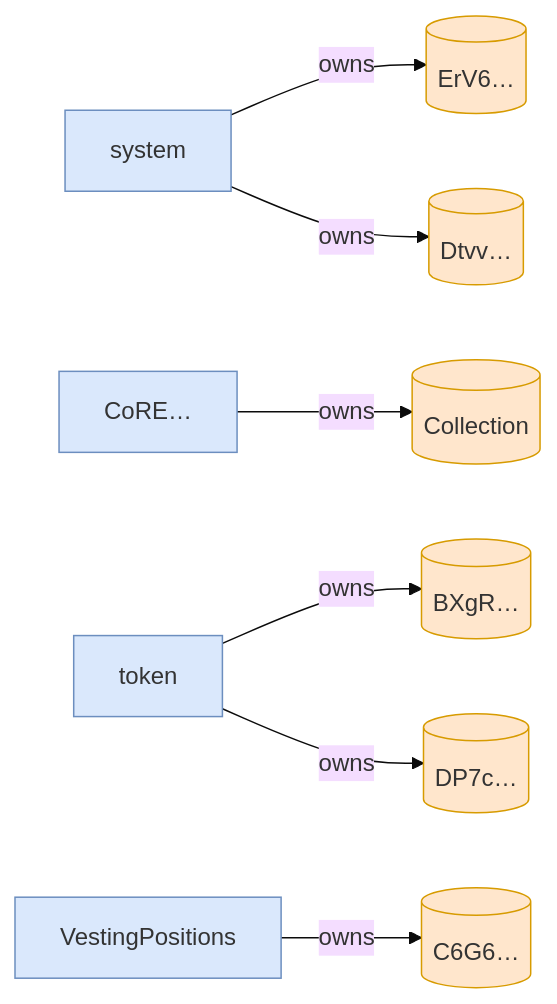
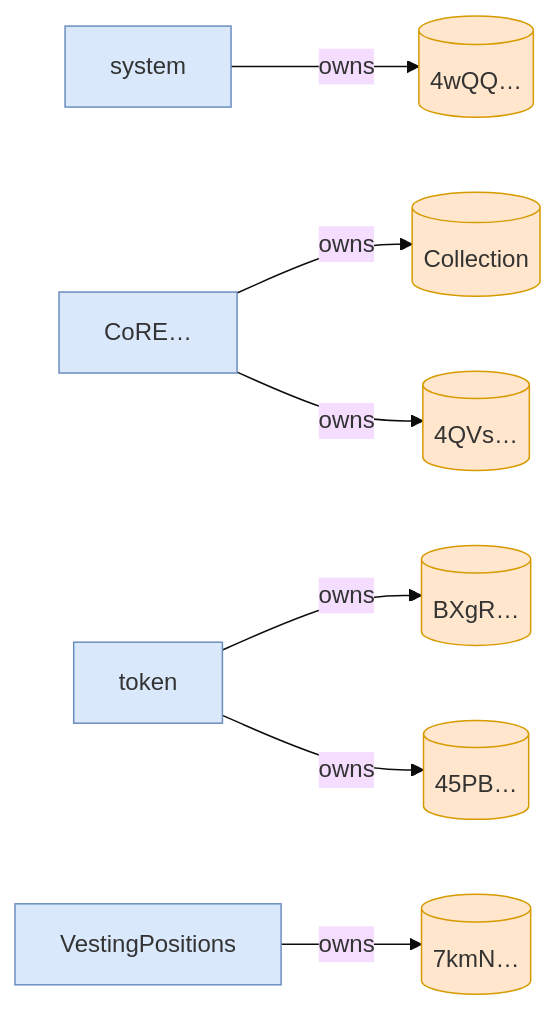
One commit to cds-turbin3/vesting-position changed the third of 3 diagrams in babelfish-tests/test-report/scenario_4_replay_first_claim_fails.md. Above: the diagram before and after it, drawn with Mermaid (base theme). The commit also changed other lines of this file and 50 other files, not shown here.

````diff
--- a/babelfish-tests/test-report/scenario_4_replay_first_claim_fails.md
+++ b/babelfish-tests/test-report/scenario_4_replay_first_claim_fails.md
@@ -72,22 +36,22 @@
 ```mermaid
 flowchart LR
     system["system"]:::program
-    ErV6[("ErV6…")]:::state
+    4wQQ[("4wQQ…")]:::state
     CoRE["CoRE…"]:::program
     Collection[("Collection")]:::state
     token["token"]:::program
     BXgR[("BXgR…")]:::state
-    DP7c[("DP7c…")]:::state
-    Dtvv[("Dtvv…")]:::state
+    45PB[("45PB…")]:::state
+    4QVs[("4QVs…")]:::state
     VestingPositions["VestingPositions"]:::program
-    C6G6[("C6G6…")]:::state
-    system -->|owns| ErV6
+    7kmN[("7kmN…")]:::state
+    system -->|owns| 4wQQ
     CoRE -->|owns| Collection
     token -->|owns| BXgR
-    token -->|owns| DP7c
-    system -->|owns| Dtvv
-    VestingPositions -->|owns| C6G6
+    token -->|owns| 45PB
+    CoRE -->|owns| 4QVs
+    VestingPositions -->|owns| 7kmN
     classDef program fill:#dae8fc,stroke:#6c8ebf;
     classDef signer fill:#d5e8d4,stroke:#82b366;
     classDef state fill:#ffe6cc,stroke:#d79b00;
 ```
````
